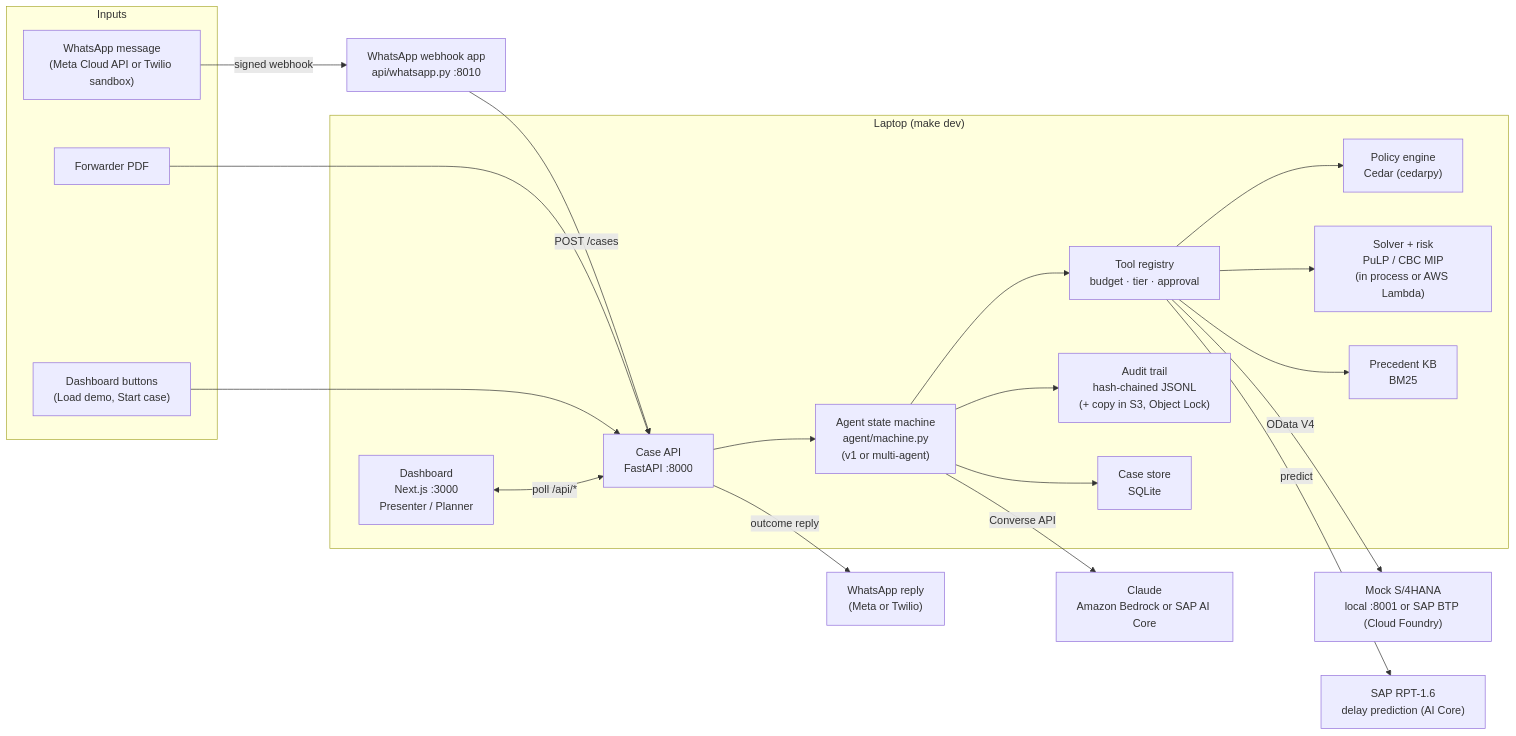
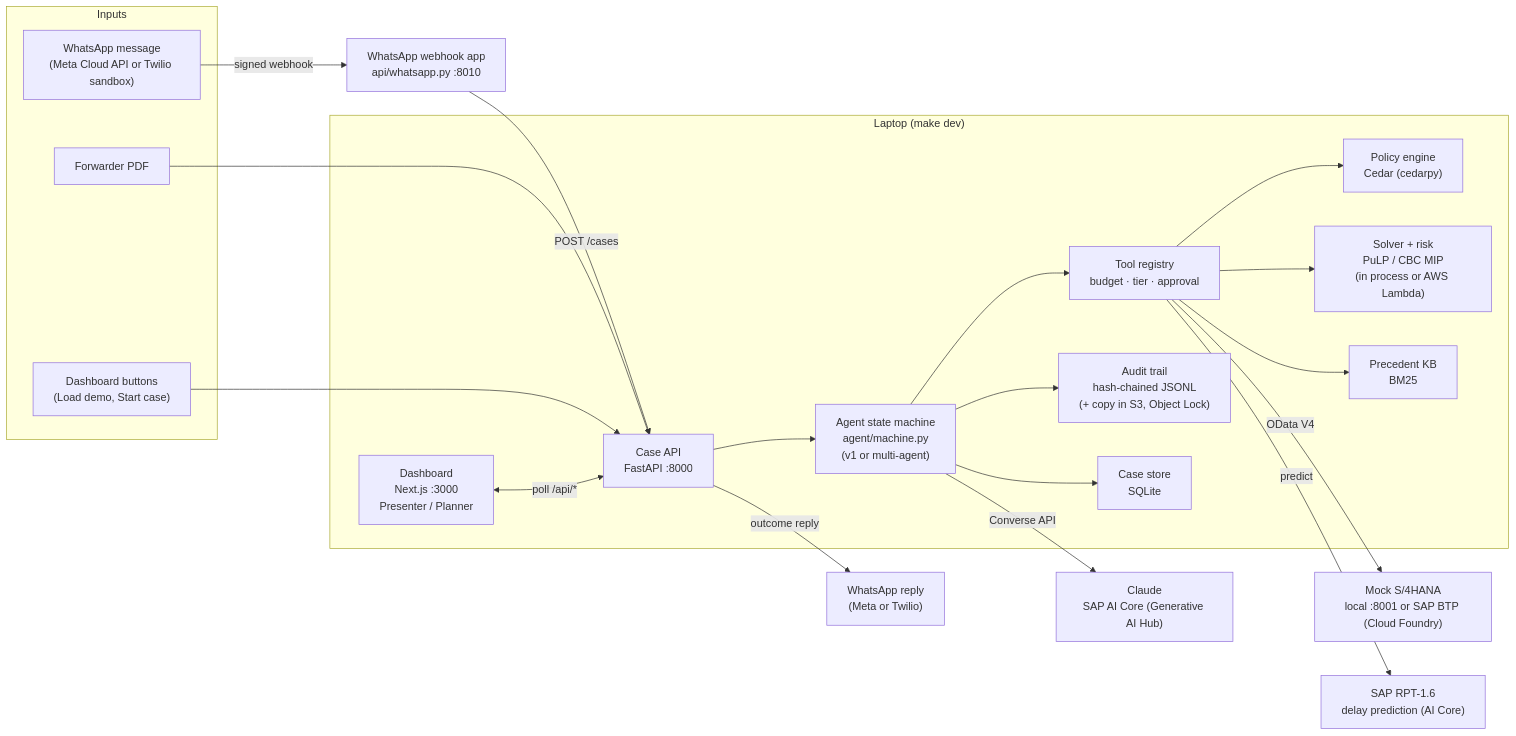
One commit to fajarwisesa-maker/Socrates changed the first of 4 diagrams in docs/siaga-overview.md. Above: the diagram before and after it, drawn with Mermaid. The commit also changed other lines of this file and 55 other files, not shown here.

First line of the commit message:
Remove Amazon Bedrock: Claude runs on SAP AI Core only

````diff
--- a/docs/siaga-overview.md
+++ b/docs/siaga-overview.md
@@ -110,29 +110,29 @@
 ```mermaid
 flowchart LR
     subgraph Inputs
         WA["WhatsApp message<br/>(Meta Cloud API or Twilio sandbox)"]
         PDF["Forwarder PDF"]
         BTN["Dashboard buttons<br/>(Load demo, Start case)"]
     end
 
     WA -->|signed webhook| HOOK["WhatsApp webhook app<br/>api/whatsapp.py :8010"]
     HOOK -->|POST /cases| API
     PDF --> API
     BTN --> API
 
     subgraph Laptop["Laptop (make dev)"]
         WEB["Dashboard<br/>Next.js :3000<br/>Presenter / Planner"] <-->|poll /api/*| API["Case API<br/>FastAPI :8000"]
         API --> AGENT["Agent state machine<br/>agent/machine.py<br/>(v1 or multi-agent)"]
         AGENT --> TOOLS["Tool registry<br/>budget · tier · approval"]
         TOOLS --> POLICY["Policy engine<br/>Cedar (cedarpy)"]
         TOOLS --> SOLVER["Solver + risk<br/>PuLP / CBC MIP<br/>(in process or AWS Lambda)"]
         TOOLS --> KB["Precedent KB<br/>BM25"]
         AGENT --> AUDIT["Audit trail<br/>hash-chained JSONL<br/>(+ copy in S3, Object Lock)"]
         AGENT --> STORE["Case store<br/>SQLite"]
     end
 
     TOOLS -->|OData V4| SAP["Mock S/4HANA<br/>local :8001 or SAP BTP (Cloud Foundry)"]
-    AGENT -->|Converse API| LLM["Claude<br/>Amazon Bedrock or SAP AI Core"]
+    AGENT -->|Converse API| LLM["Claude<br/>SAP AI Core (Generative AI Hub)"]
     TOOLS -->|predict| RPT["SAP RPT-1.6<br/>delay prediction (AI Core)"]
     API -->|outcome reply| WAOUT["WhatsApp reply<br/>(Meta or Twilio)"]
 ```
````
